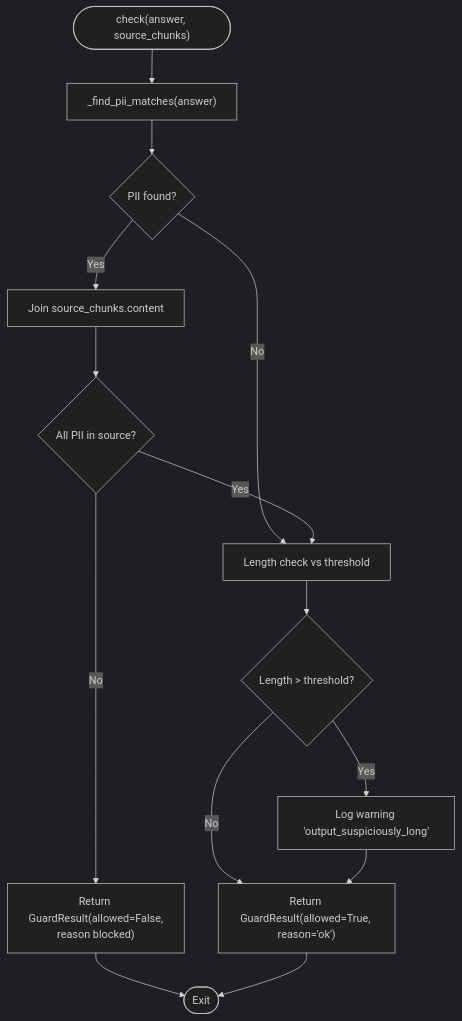
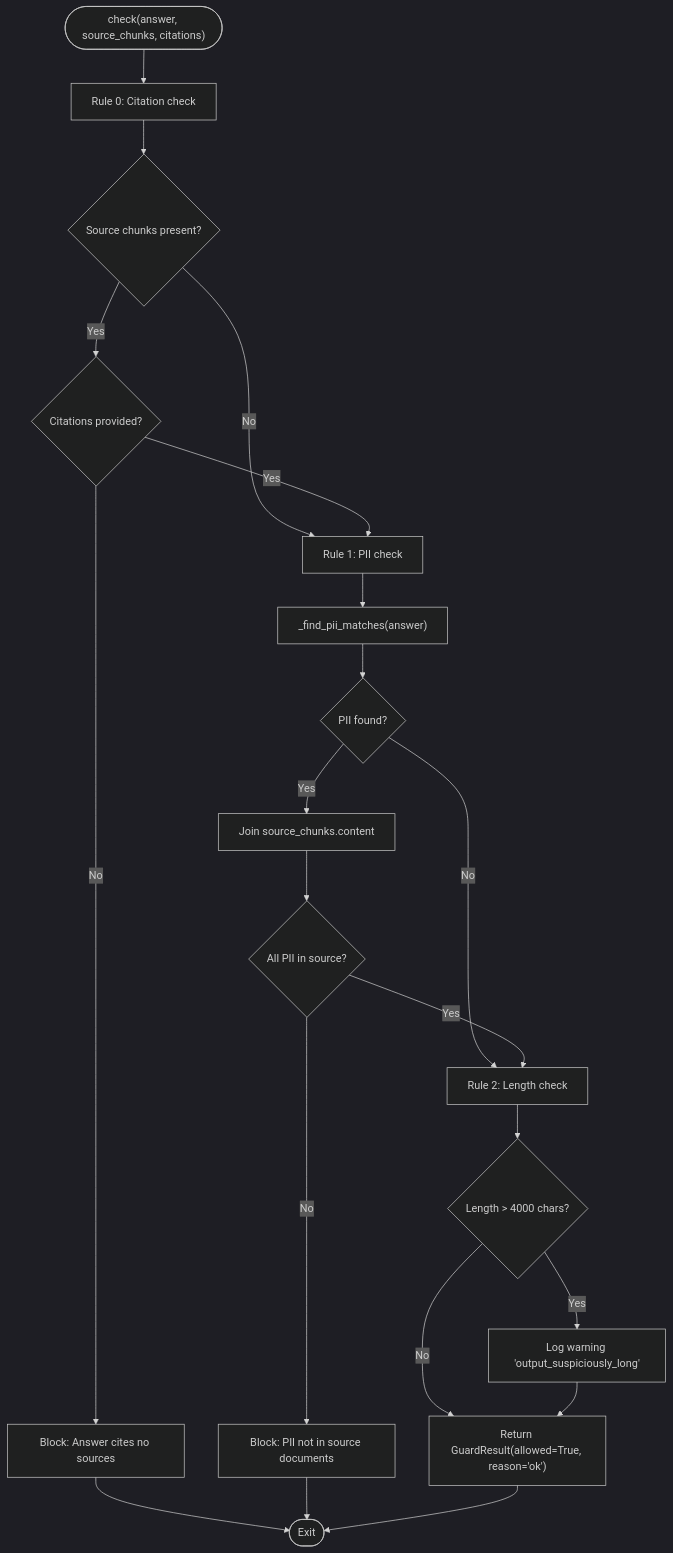
One commit to genes8/private-ai changed the third of 9 diagrams in .qoder/repowiki/en/content/Security and Compliance/Output Validation and Quality Assurance.md. Above: the diagram before and after it, drawn with Mermaid (dark theme). The commit also changed other lines of this file and 101 other files, not shown here.

````diff
--- a/.qoder/repowiki/en/content/Security and Compliance/Output Validation and Quality Assurance.md
+++ b/.qoder/repowiki/en/content/Security and Compliance/Output Validation and Quality Assurance.md
@@ -170,16 +179,23 @@
 ```mermaid
 flowchart TD
-Start(["check(answer, source_chunks)"]) --> FindPII["_find_pii_matches(answer)"]
+Start(["check(answer, source_chunks, citations)"]) --> Rule0["Rule 0: Citation check"]
+Rule0 --> HasChunks{"Source chunks present?"}
+HasChunks --> |No| Rule1["Rule 1: PII check"]
+HasChunks --> |Yes| HasCitations{"Citations provided?"}
+HasCitations --> |No| Block0["Block: Answer cites no sources"]
+HasCitations --> |Yes| Rule1
+Rule1 --> FindPII["_find_pii_matches(answer)"]
 FindPII --> HasPII{"PII found?"}
-HasPII --> |No| LenCheck["Length check vs threshold"]
+HasPII --> |No| LenCheck["Rule 2: Length check"]
 HasPII --> |Yes| Combine["Join source_chunks.content"]
 Combine --> VerifyPII{"All PII in source?"}
-VerifyPII --> |No| Block["Return GuardResult(allowed=False,<br/>reason blocked)"]
+VerifyPII --> |No| Block1["Block: PII not in source documents"]
 VerifyPII --> |Yes| LenCheck
-LenCheck --> Long{"Length > threshold?"}
+LenCheck --> Long{"Length > 4000 chars?"}
 Long --> |Yes| Warn["Log warning 'output_suspiciously_long'"]
 Long --> |No| Allow["Return GuardResult(allowed=True, reason='ok')"]
 Warn --> Allow
-Block --> End(["Exit"])
+Block0 --> End(["Exit"])
+Block1 --> End
 Allow --> End
 ```
````
